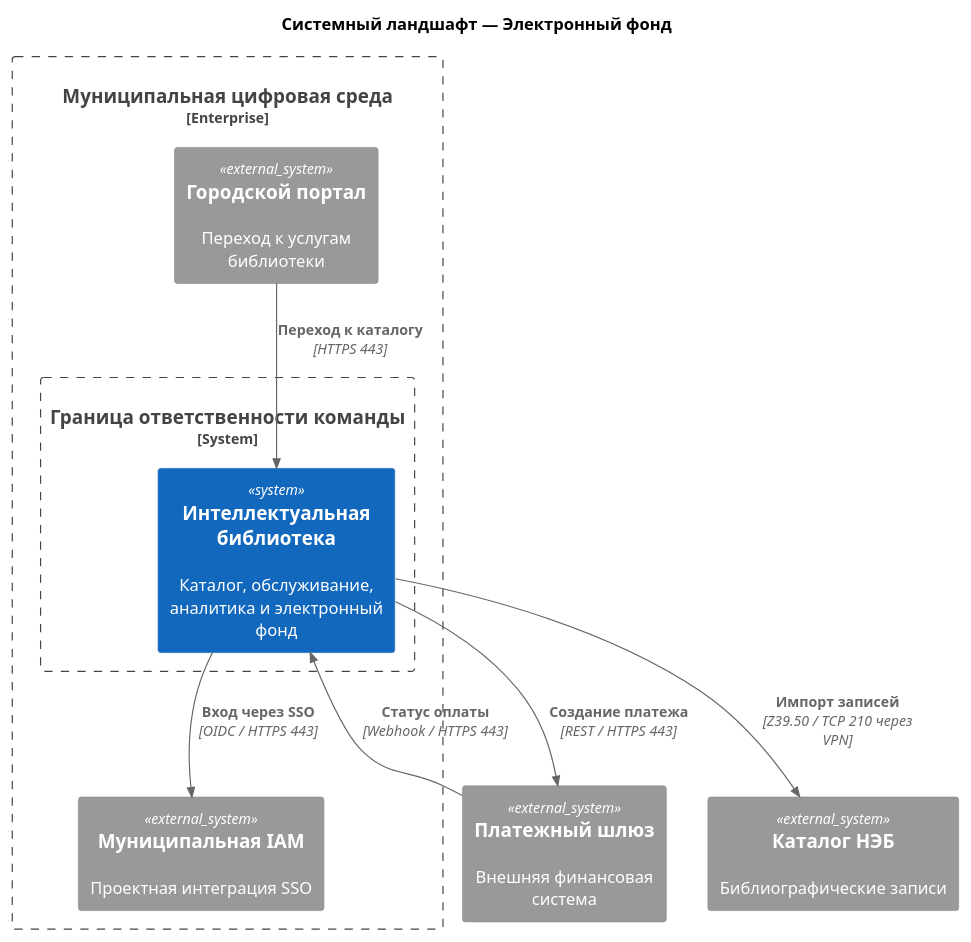
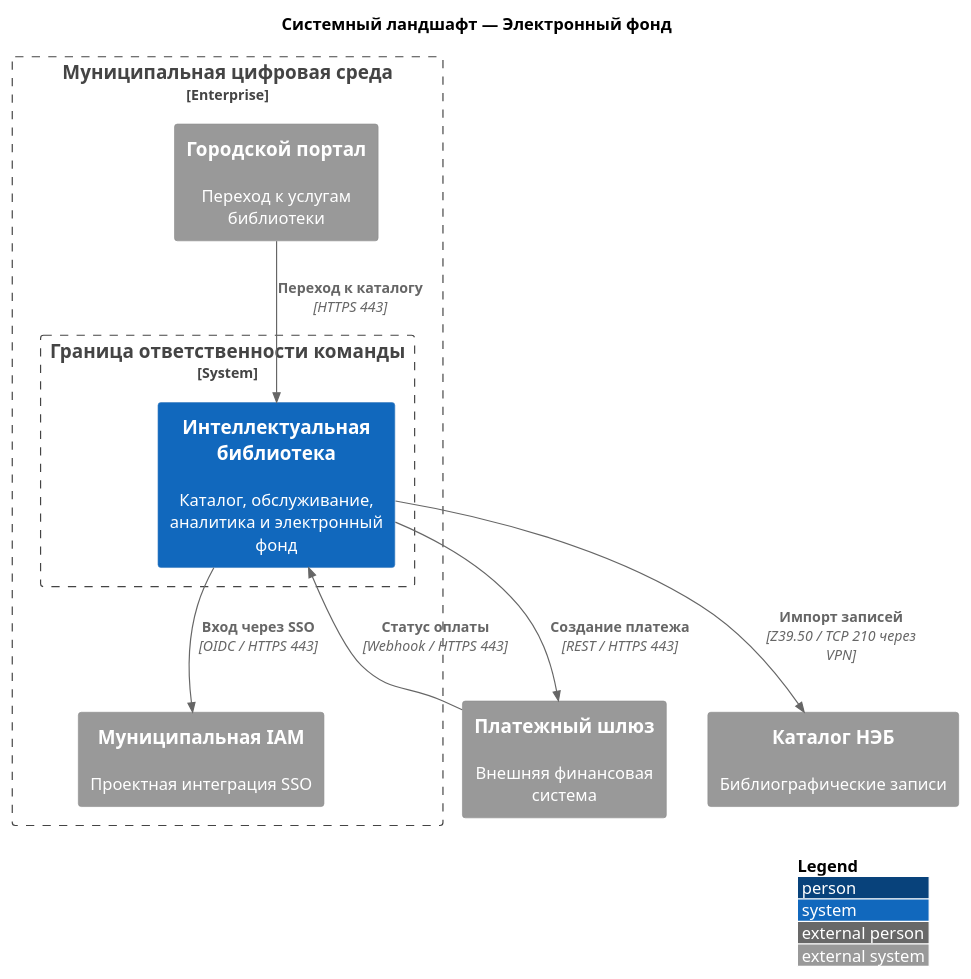
The diagram in docs/src/landscape/zayniev-landscape.puml (foxsotiras/library), drawn with PlantUML before and after one commit. The commit also changed 38 other files, not shown here.

Commit message:
style: изменил отступы и оформление диаграмм

```diff
--- a/docs/src/landscape/zayniev-landscape.puml
+++ b/docs/src/landscape/zayniev-landscape.puml
@@ -1,19 +1,21 @@
-@startuml "zayniev-landscape"
+@startuml zayniev-landscape
 !include <C4/C4_Context>
+LAYOUT_WITH_LEGEND()
 
 Enterprise_Boundary(municipality, "Муниципальная цифровая среда") {
   System_Ext(city_portal, "Городской портал", "Переход к услугам библиотеки")
   System_Ext(municipal_iam, "Муниципальная IAM", "Проектная интеграция SSO")
   System_Boundary(library_it, "Граница ответственности команды") {
     System(library_system, "Интеллектуальная библиотека", "Каталог, обслуживание, аналитика и электронный фонд")
   }
 }
 System_Ext(payment_gateway, "Платежный шлюз", "Внешняя финансовая система")
 System_Ext(neb_catalog, "Каталог НЭБ", "Библиографические записи")
 Rel(city_portal, library_system, "Переход к каталогу", "HTTPS 443")
 Rel(library_system, municipal_iam, "Вход через SSO", "OIDC / HTTPS 443")
 Rel(library_system, payment_gateway, "Создание платежа", "REST / HTTPS 443")
 Rel(payment_gateway, library_system, "Статус оплаты", "Webhook / HTTPS 443")
 Rel(library_system, neb_catalog, "Импорт записей", "Z39.50 / TCP 210 через VPN")
 title Системный ландшафт — Электронный фонд
+
 @enduml
```
